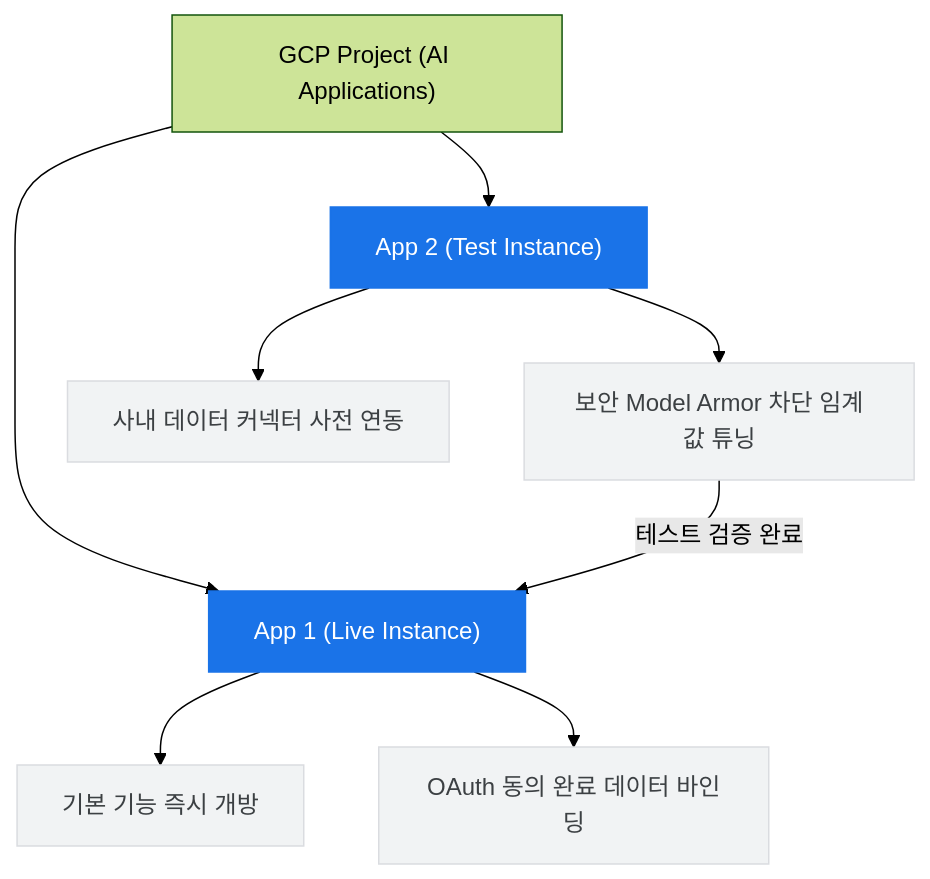
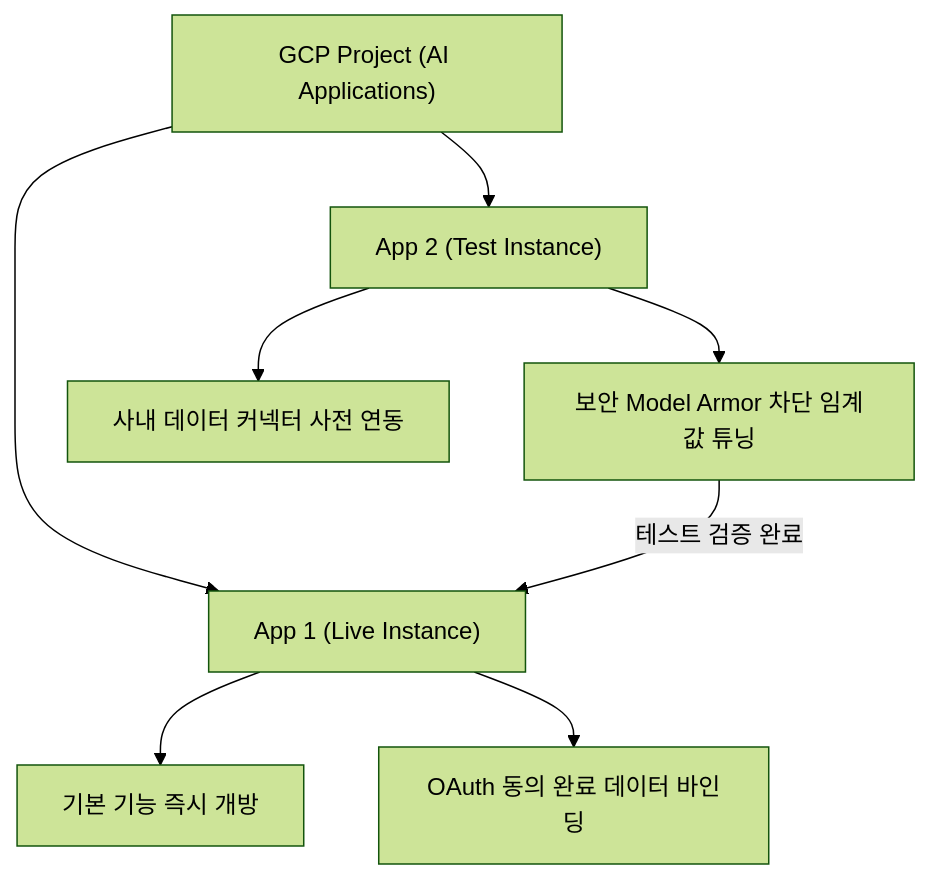
Before and after one commit to hajekim/geap.dev: the first of 3 diagrams in admin_guide.md, drawn with Mermaid (forest theme). The commit also changed other lines of this file and 15 other files, not shown here.

````diff
--- a/admin_guide.md
+++ b/admin_guide.md
@@ -58,18 +38,12 @@
 ```mermaid
 graph TD
-    classDef primary fill:#1a73e8,stroke:#1a73e8,color:#fff;
-    classDef secondary fill:#f1f3f4,stroke:#dadce0,color:#3c4043;
+    A["GCP Project (AI Applications)"] --> B["App 1 (Live Instance)"]
+    A --> C["App 2 (Test Instance)"]
     
-    A["GCP Project (AI Applications)"] --> B["App 1 (Live Instance)"];
-    A --> C["App 2 (Test Instance)"];
+    B --> B1["기본 기능 즉시 개방"]
+    B --> B2["OAuth 동의 완료 데이터 바인딩"]
     
-    B --> B1["기본 기능 즉시 개방"];
-    B --> B2["OAuth 동의 완료 데이터 바인딩"];
-    
-    C --> C1["사내 데이터 커넥터 사전 연동"];
-    C --> C2["보안 Model Armor 차단 임계값 튜닝"];
-    C2 -->|"테스트 검증 완료"| B;
-    
-    class B,C primary;
-    class B1,B2,C1,C2 secondary;
+    C --> C1["사내 데이터 커넥터 사전 연동"]
+    C --> C2["보안 Model Armor 차단 임계값 튜닝"]
+    C2 -->|"테스트 검증 완료"| B
 ```
````
